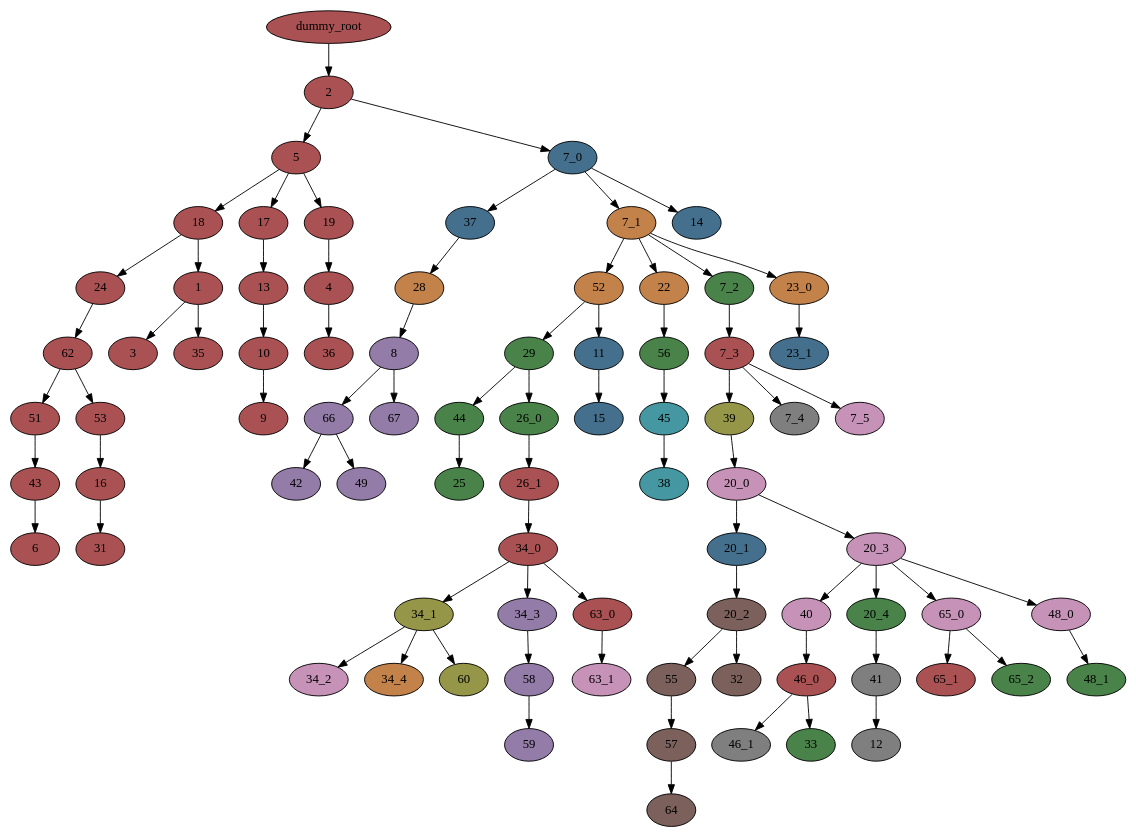
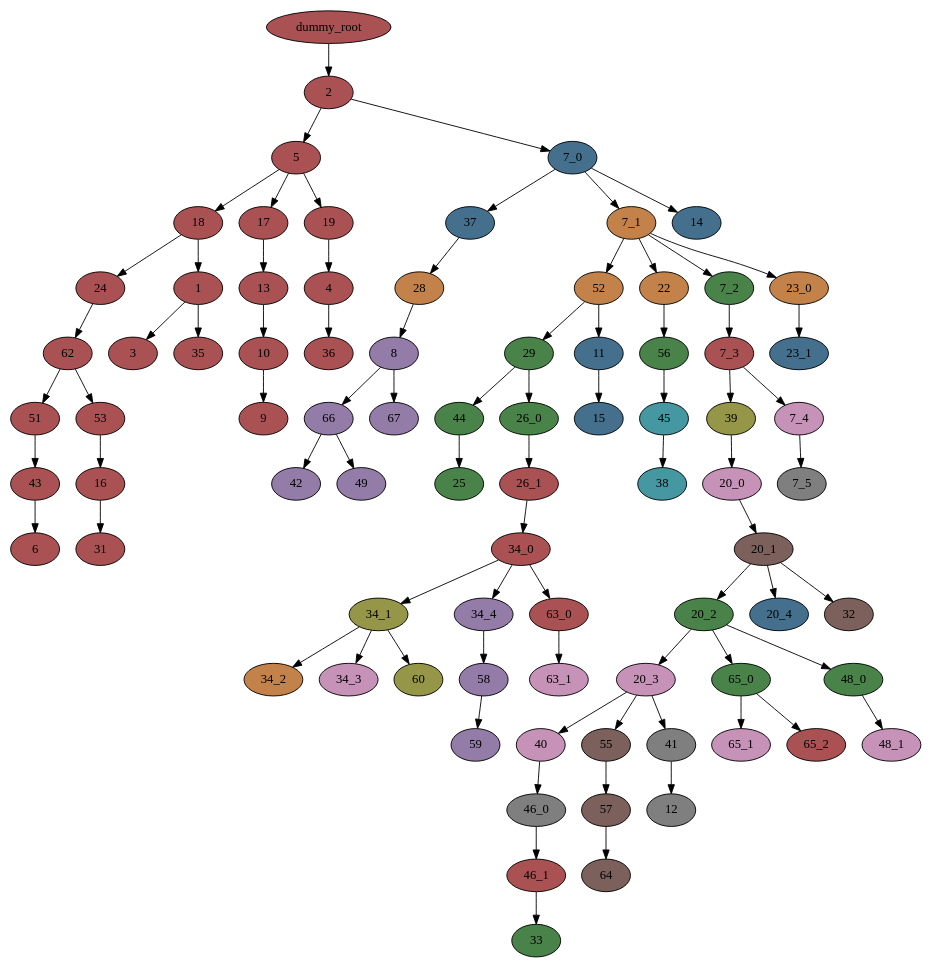
Before and after one commit to noahcape/pmh-rp: the diagram in trees/CRUKP6590/tlp/tlp_output_colored_tree.dot, drawn with Graphviz. The commit also changed 255 other files, not shown here.

```diff
--- a/trees/CRUKP6590/tlp/tlp_output_colored_tree.dot
+++ b/trees/CRUKP6590/tlp/tlp_output_colored_tree.dot
@@ -1,163 +1,163 @@
 digraph T {
 	"5" [fillcolor="#aa5253", style=filled];
 	"18" [fillcolor="#aa5253", style=filled];
 	"17" [fillcolor="#aa5253", style=filled];
 	"19" [fillcolor="#aa5253", style=filled];
 	"24" [fillcolor="#aa5253", style=filled];
 	"1" [fillcolor="#aa5253", style=filled];
 	"2" [fillcolor="#aa5253", style=filled];
 	"7_0" [fillcolor="#44708e", style=filled];
 	"52" [fillcolor="#c2824a", style=filled];
 	"29" [fillcolor="#498349", style=filled];
 	"11" [fillcolor="#44708e", style=filled];
 	"62" [fillcolor="#aa5253", style=filled];
 	"39" [fillcolor="#959648", style=filled];
 	"20_0" [fillcolor="#c792b7", style=filled];
 	"37" [fillcolor="#44708e", style=filled];
 	"28" [fillcolor="#c2824a", style=filled];
 	"44" [fillcolor="#498349", style=filled];
 	"26_0" [fillcolor="#498349", style=filled];
 	"51" [fillcolor="#aa5253", style=filled];
 	"53" [fillcolor="#aa5253", style=filled];
 	"13" [fillcolor="#aa5253", style=filled];
 	"22" [fillcolor="#c2824a", style=filled];
 	"56" [fillcolor="#498349", style=filled];
 	"8" [fillcolor="#937ca7", style=filled];
 	"43" [fillcolor="#aa5253", style=filled];
 	"10" [fillcolor="#aa5253", style=filled];
 	"16" [fillcolor="#aa5253", style=filled];
 	"40" [fillcolor="#c792b7", style=filled];
-	"46_0" [fillcolor="#aa5253", style=filled];
+	"46_0" [fillcolor="#7f7f7f", style=filled];
 	"4" [fillcolor="#aa5253", style=filled];
 	"45" [fillcolor="#4598a1", style=filled];
 	"66" [fillcolor="#937ca7", style=filled];
 	"67" [fillcolor="#937ca7", style=filled];
 	"55" [fillcolor="#7b605b", style=filled];
 	"57" [fillcolor="#7b605b", style=filled];
 	"3" [fillcolor="#aa5253", style=filled];
 	"35" [fillcolor="#aa5253", style=filled];
 	"6" [fillcolor="#aa5253", style=filled];
 	"9" [fillcolor="#aa5253", style=filled];
 	"41" [fillcolor="#7f7f7f", style=filled];
 	"12" [fillcolor="#7f7f7f", style=filled];
 	"15" [fillcolor="#44708e", style=filled];
 	"31" [fillcolor="#aa5253", style=filled];
 	"36" [fillcolor="#aa5253", style=filled];
 	"38" [fillcolor="#4598a1", style=filled];
 	"42" [fillcolor="#937ca7", style=filled];
 	"49" [fillcolor="#937ca7", style=filled];
 	"58" [fillcolor="#937ca7", style=filled];
 	"59" [fillcolor="#937ca7", style=filled];
 	"64" [fillcolor="#7b605b", style=filled];
 	"25" [fillcolor="#498349", style=filled];
 	"7_1" [fillcolor="#c2824a", style=filled];
 	"14" [fillcolor="#44708e", style=filled];
 	"7_2" [fillcolor="#498349", style=filled];
 	"23_0" [fillcolor="#c2824a", style=filled];
 	"7_3" [fillcolor="#aa5253", style=filled];
-	"7_4" [fillcolor="#7f7f7f", style=filled];
-	"7_5" [fillcolor="#c792b7", style=filled];
-	"20_1" [fillcolor="#44708e", style=filled];
+	"7_4" [fillcolor="#c792b7", style=filled];
+	"7_5" [fillcolor="#7f7f7f", style=filled];
+	"20_1" [fillcolor="#7b605b", style=filled];
+	"20_2" [fillcolor="#498349", style=filled];
+	"20_4" [fillcolor="#44708e", style=filled];
+	"32" [fillcolor="#7b605b", style=filled];
 	"20_3" [fillcolor="#c792b7", style=filled];
-	"20_2" [fillcolor="#7b605b", style=filled];
-	"32" [fillcolor="#7b605b", style=filled];
-	"20_4" [fillcolor="#498349", style=filled];
-	"65_0" [fillcolor="#c792b7", style=filled];
-	"48_0" [fillcolor="#c792b7", style=filled];
+	"65_0" [fillcolor="#498349", style=filled];
+	"48_0" [fillcolor="#498349", style=filled];
 	"26_1" [fillcolor="#aa5253", style=filled];
 	"34_0" [fillcolor="#aa5253", style=filled];
 	"34_1" [fillcolor="#959648", style=filled];
-	"34_3" [fillcolor="#937ca7", style=filled];
+	"34_4" [fillcolor="#937ca7", style=filled];
 	"63_0" [fillcolor="#aa5253", style=filled];
-	"34_2" [fillcolor="#c792b7", style=filled];
-	"34_4" [fillcolor="#c2824a", style=filled];
+	"34_2" [fillcolor="#c2824a", style=filled];
+	"34_3" [fillcolor="#c792b7", style=filled];
 	"60" [fillcolor="#959648", style=filled];
-	"46_1" [fillcolor="#7f7f7f", style=filled];
+	"46_1" [fillcolor="#aa5253", style=filled];
 	"33" [fillcolor="#498349", style=filled];
 	"63_1" [fillcolor="#c792b7", style=filled];
-	"65_1" [fillcolor="#aa5253", style=filled];
-	"65_2" [fillcolor="#498349", style=filled];
+	"65_1" [fillcolor="#c792b7", style=filled];
+	"65_2" [fillcolor="#aa5253", style=filled];
 	"23_1" [fillcolor="#44708e", style=filled];
-	"48_1" [fillcolor="#498349", style=filled];
+	"48_1" [fillcolor="#c792b7", style=filled];
 	"dummy_root" [fillcolor="#aa5253", style=filled];
 	"5" -> "18";
 	"5" -> "17";
 	"5" -> "19";
 	"18" -> "24";
 	"18" -> "1";
 	"17" -> "13";
 	"19" -> "4";
 	"24" -> "62";
 	"1" -> "3";
 	"1" -> "35";
 	"2" -> "5";
 	"2" -> "7_0";
 	"7_0" -> "7_1";
 	"7_0" -> "37";
 	"7_0" -> "14";
 	"52" -> "29";
 	"52" -> "11";
 	"29" -> "44";
 	"29" -> "26_0";
 	"11" -> "15";
 	"62" -> "51";
 	"62" -> "53";
 	"39" -> "20_0";
 	"20_0" -> "20_1";
-	"20_0" -> "20_3";
 	"37" -> "28";
 	"28" -> "8";
 	"44" -> "25";
 	"26_0" -> "26_1";
 	"51" -> "43";
 	"53" -> "16";
 	"13" -> "10";
 	"22" -> "56";
 	"56" -> "45";
 	"8" -> "66";
 	"8" -> "67";
 	"43" -> "6";
 	"10" -> "9";
 	"16" -> "31";
 	"40" -> "46_0";
 	"46_0" -> "46_1";
-	"46_0" -> "33";
 	"4" -> "36";
 	"45" -> "38";
 	"66" -> "42";
 	"66" -> "49";
 	"55" -> "57";
 	"57" -> "64";
 	"41" -> "12";
 	"58" -> "59";
 	"7_1" -> "7_2";
 	"7_1" -> "52";
 	"7_1" -> "22";
 	"7_1" -> "23_0";
 	"7_2" -> "7_3";
 	"23_0" -> "23_1";
 	"7_3" -> "7_4";
-	"7_3" -> "7_5";
 	"7_3" -> "39";
+	"7_4" -> "7_5";
 	"20_1" -> "20_2";
-	"20_3" -> "20_4";
+	"20_1" -> "20_4";
+	"20_1" -> "32";
+	"20_2" -> "20_3";
+	"20_2" -> "65_0";
+	"20_2" -> "48_0";
 	"20_3" -> "40";
-	"20_3" -> "65_0";
-	"20_3" -> "48_0";
-	"20_2" -> "55";
-	"20_2" -> "32";
-	"20_4" -> "41";
+	"20_3" -> "55";
+	"20_3" -> "41";
 	"65_0" -> "65_1";
 	"65_0" -> "65_2";
 	"48_0" -> "48_1";
 	"26_1" -> "34_0";
 	"34_0" -> "34_1";
-	"34_0" -> "34_3";
+	"34_0" -> "34_4";
 	"34_0" -> "63_0";
 	"34_1" -> "34_2";
-	"34_1" -> "34_4";
+	"34_1" -> "34_3";
 	"34_1" -> "60";
-	"34_3" -> "58";
+	"34_4" -> "58";
 	"63_0" -> "63_1";
+	"46_1" -> "33";
 	"dummy_root" -> "2";
 }
```
